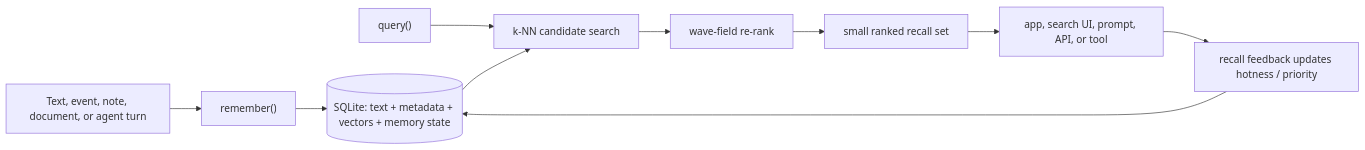
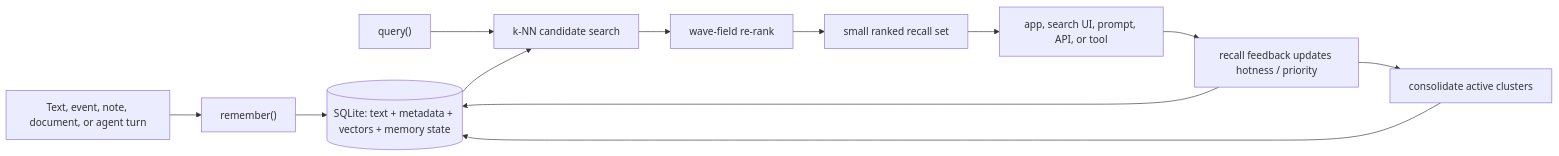
One commit to CaspianG/wavemind changed the diagram in README.md. Above: the diagram before and after it, drawn with Mermaid. The commit also changed other lines of this file and 18 other files, not shown here.

````diff
--- a/README.md
+++ b/README.md
@@ -300,12 +301,14 @@
 ```mermaid
 flowchart LR
     A["Text, event, note, document, or agent turn"] --> S["remember()"]
     S --> D[("SQLite: text + metadata + vectors + memory state")]
     Q["query()"] --> K["k-NN candidate search"]
     D --> K
     K --> W["wave-field re-rank"]
     W --> R["small ranked recall set"]
     R --> P["app, search UI, prompt, API, or tool"]
     P --> F["recall feedback updates hotness / priority"]
     F --> D
+    F --> C["consolidate active clusters"]
+    C --> D
 ```
````
